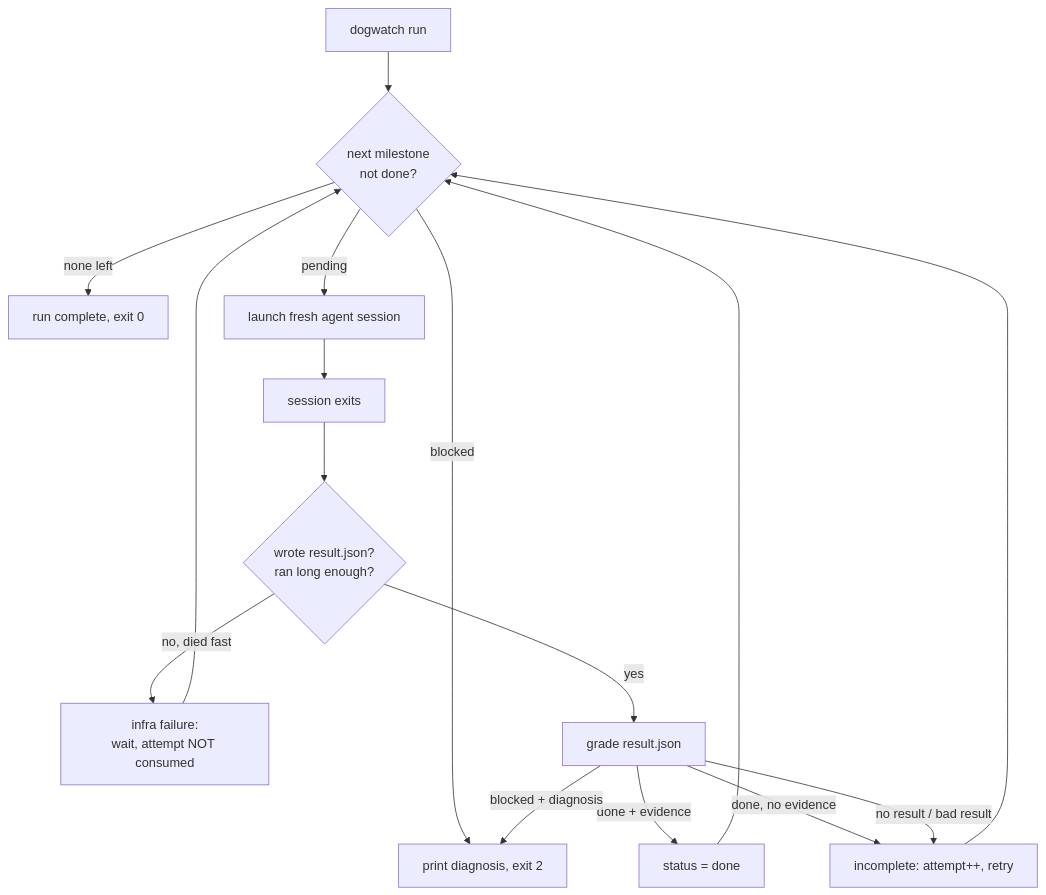
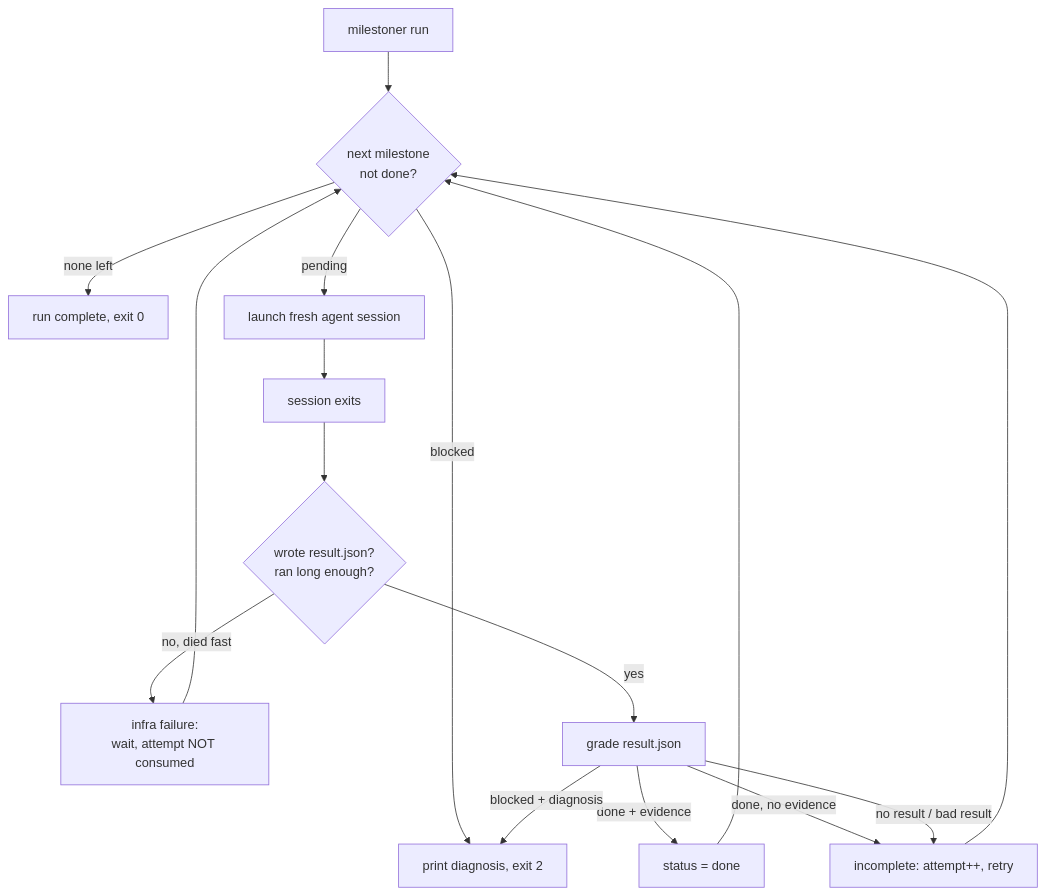
The diagram in docs/GUIDE.md (fabrodz/milestoner), drawn with Mermaid before and after one commit. The commit also changed other lines of this file and 61 other files, not shown here.

````diff
--- a/docs/GUIDE.md
+++ b/docs/GUIDE.md
@@ -54,18 +54,18 @@
 ```mermaid
 flowchart TD
-  A[dogwatch run] --> B{next milestone<br/>not done?}
+  A[milestoner run] --> B{next milestone<br/>not done?}
   B -- none left --> Z[run complete, exit 0]
   B -- blocked --> Y[print diagnosis, exit 2]
   B -- pending --> C[launch fresh agent session]
   C --> D[session exits]
   D --> E{wrote result.json?<br/>ran long enough?}
   E -- no, died fast --> F[infra failure:<br/>wait, attempt NOT consumed]
   F --> B
   E -- yes --> G[grade result.json]
   G -- done + evidence --> H[status = done]
   G -- done, no evidence --> I[incomplete: attempt++, retry]
   G -- blocked + diagnosis --> Y
   G -- no result / bad result --> I
   I --> B
   H --> B
 ```
````
